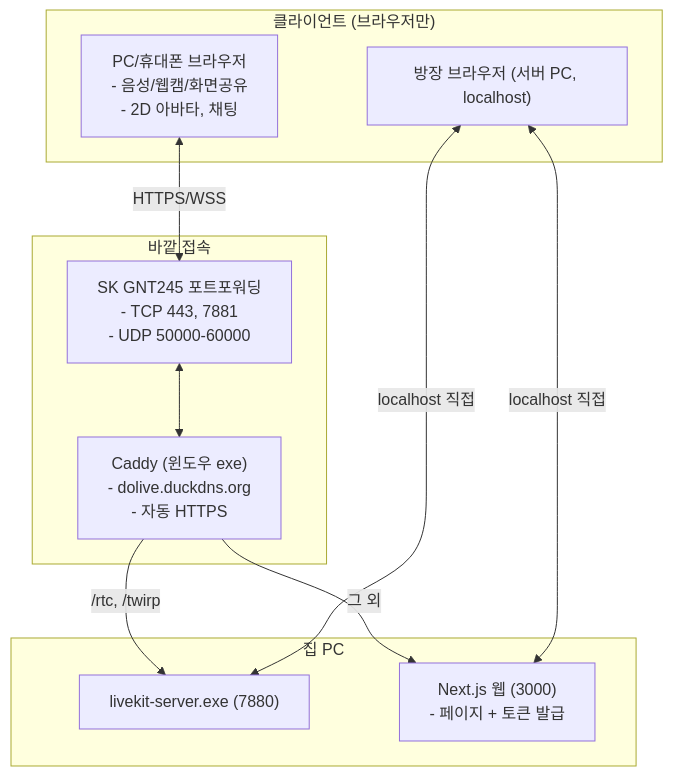
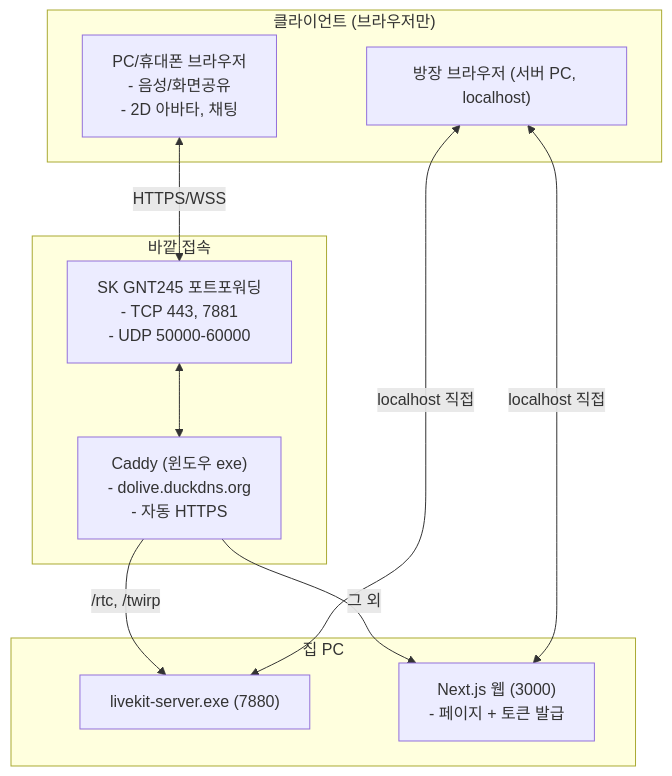
One commit to cordmin/DOLIVE changed the diagram in DOLIVE_Master_Plan.md. Above: the diagram before and after it, drawn with Mermaid. The commit also changed other lines of this file and 5 other files, not shown here.

````diff
--- a/DOLIVE_Master_Plan.md
+++ b/DOLIVE_Master_Plan.md
@@ -34,23 +34,23 @@
 ```mermaid
 flowchart TB
     subgraph Clients["클라이언트 (브라우저만)"]
-        Web["PC/휴대폰 브라우저<br>- 음성/웹캠/화면공유<br>- 2D 아바타, 채팅"]
+        Web["PC/휴대폰 브라우저<br>- 음성/화면공유<br>- 2D 아바타, 채팅"]
         Host["방장 브라우저 (서버 PC, localhost)"]
     end
 
     subgraph Network["바깥 접속"]
         Router["SK GNT245 포트포워딩<br>- TCP 443, 7881<br>- UDP 50000-60000"]
         Caddy["Caddy (윈도우 exe)<br>- dolive.duckdns.org<br>- 자동 HTTPS"]
     end
 
     subgraph Server["집 PC"]
         LiveKit["livekit-server.exe (7880)"]
         Next["Next.js 웹 (3000)<br>- 페이지 + 토큰 발급"]
     end
 
     Web <-->|HTTPS/WSS| Router <--> Caddy
     Caddy -->|/rtc, /twirp| LiveKit
     Caddy -->|그 외| Next
     Host <-->|localhost 직접| Next
     Host <-->|localhost 직접| LiveKit
 ```
````
